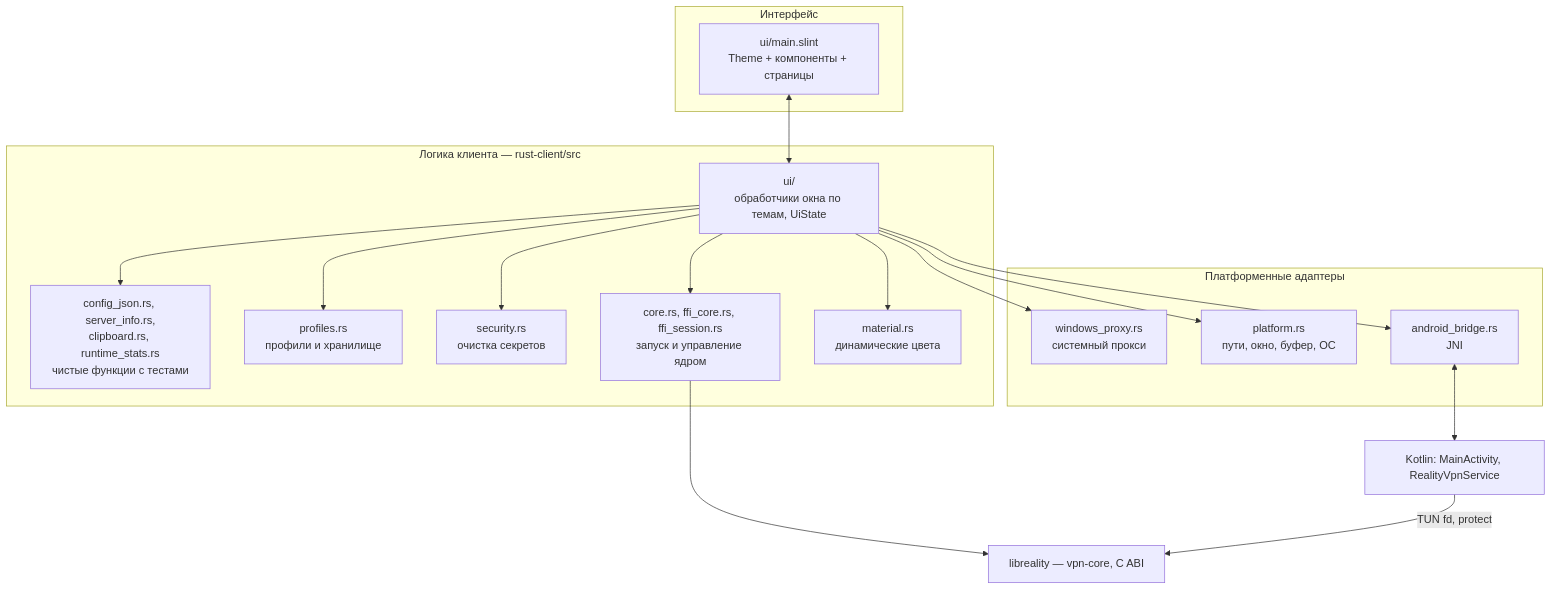
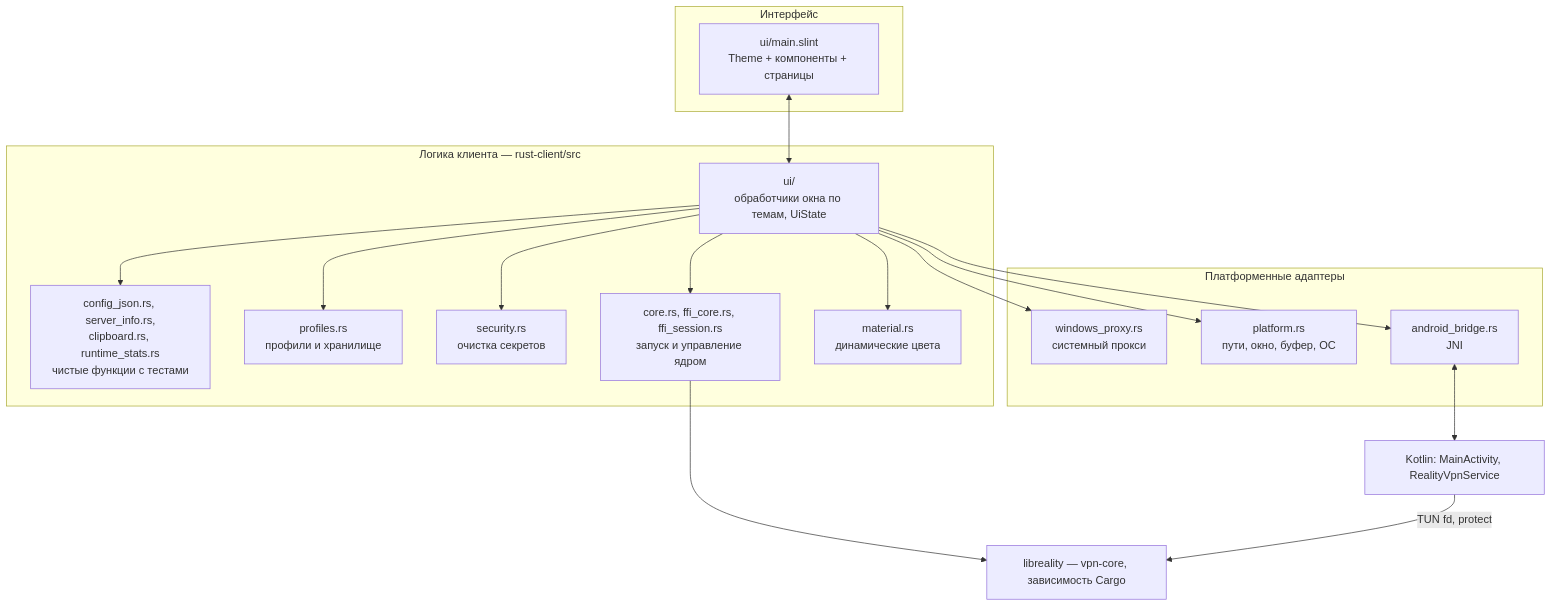
Before and after one commit to ERGFT/reality-client: the first of 2 diagrams in docs/ARCHITECTURE.md, drawn with Mermaid. The commit also changed other lines of this file and 32 other files, not shown here.

First line of the commit message:
build: vpn-core as a Cargo dependency instead of dlopen (stage 4, part 2)

````diff
--- a/docs/ARCHITECTURE.md
+++ b/docs/ARCHITECTURE.md
@@ -22,28 +22,28 @@
 ```mermaid
 flowchart TB
   subgraph UI[Интерфейс]
     S[ui/main.slint<br/>Theme + компоненты + страницы]
   end
   subgraph APP[Логика клиента — rust-client/src]
     UIM[ui/<br/>обработчики окна по темам, UiState]
     PURE[config_json.rs, server_info.rs,<br/>clipboard.rs, runtime_stats.rs<br/>чистые функции с тестами]
     PR[profiles.rs<br/>профили и хранилище]
     SEC[security.rs<br/>очистка секретов]
     CORE[core.rs, ffi_core.rs, ffi_session.rs<br/>запуск и управление ядром]
     MAT[material.rs<br/>динамические цвета]
   end
   subgraph PLAT[Платформенные адаптеры]
     WP[windows_proxy.rs<br/>системный прокси]
     PF[platform.rs<br/>пути, окно, буфер, ОС]
     AB[android_bridge.rs<br/>JNI]
   end
   K[Kotlin: MainActivity, RealityVpnService]
-  LR[libreality — vpn-core, C ABI]
+  LR[libreality — vpn-core, зависимость Cargo]
 
   S <--> UIM
   UIM --> PURE & PR & SEC & CORE & MAT
   UIM --> WP & PF & AB
   CORE --> LR
   AB <--> K
   K -- TUN fd, protect --> LR
 ```
````
